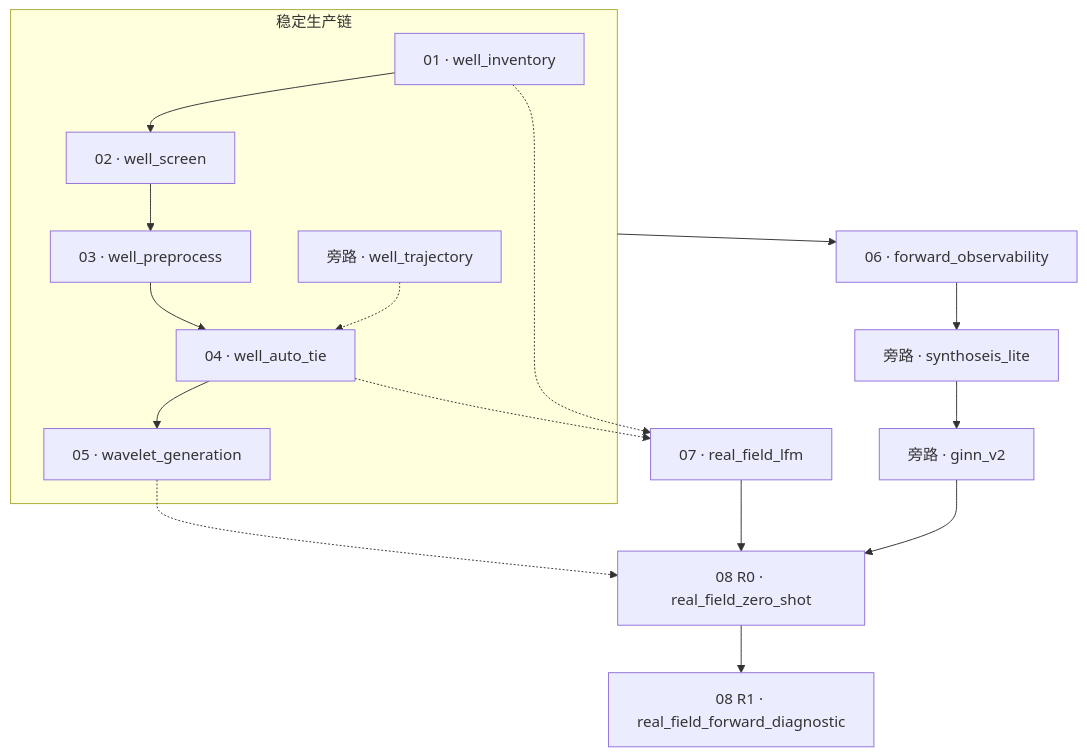
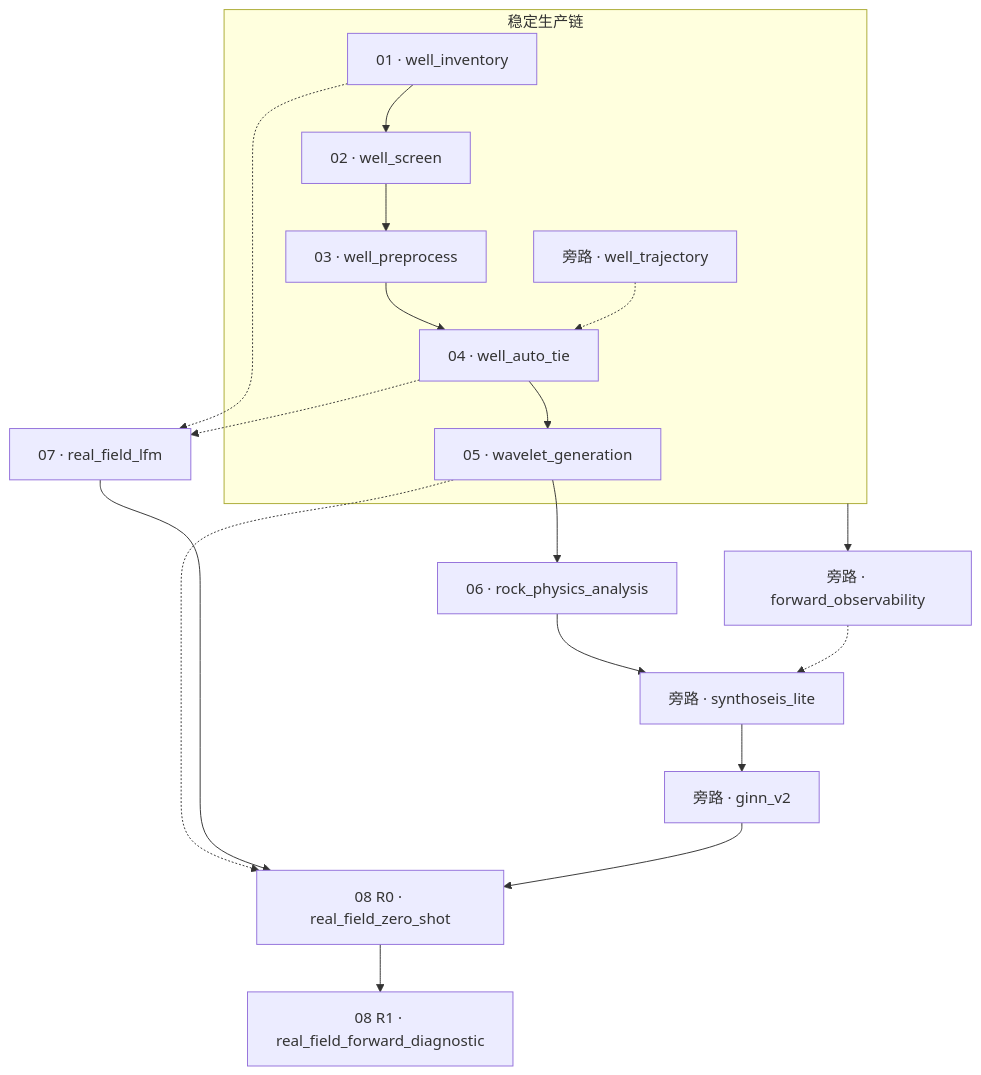
One commit to oimero/inversion_workflow changed the diagram in docs/index.md. Above: the diagram before and after it, drawn with Mermaid. The commit also changed other lines of this file and 21 other files, not shown here.

````diff
--- a/docs/index.md
+++ b/docs/index.md
@@ -3,21 +3,23 @@
 ```mermaid
 flowchart TB
     subgraph prod["稳定生产链"]
         S1["01 · well_inventory"] --> S2["02 · well_screen"] --> S3["03 · well_preprocess"] --> S4["04 · well_auto_tie"] --> S5["05 · wavelet_generation"]
         WT["旁路 · well_trajectory"] -.-> S4
     end
 
-    prod --> S6["06 · forward_observability"]
+    prod --> FO["旁路 · forward_observability"]
+    S5 --> S6["06 · rock_physics_analysis"]
 
     S1 -.-> S7["07 · real_field_lfm"]
     S4 -.-> S7
 
     S6 --> SL["旁路 · synthoseis_lite"]
+    FO -.-> SL
     SL --> GV["旁路 · ginn_v2"]
 
     S5 -.-> R0["08 R0 · real_field_zero_shot"]
     S7 --> R0
     GV --> R0
 
     R0 --> R1["08 R1 · real_field_forward_diagnostic"]
 ```
````
